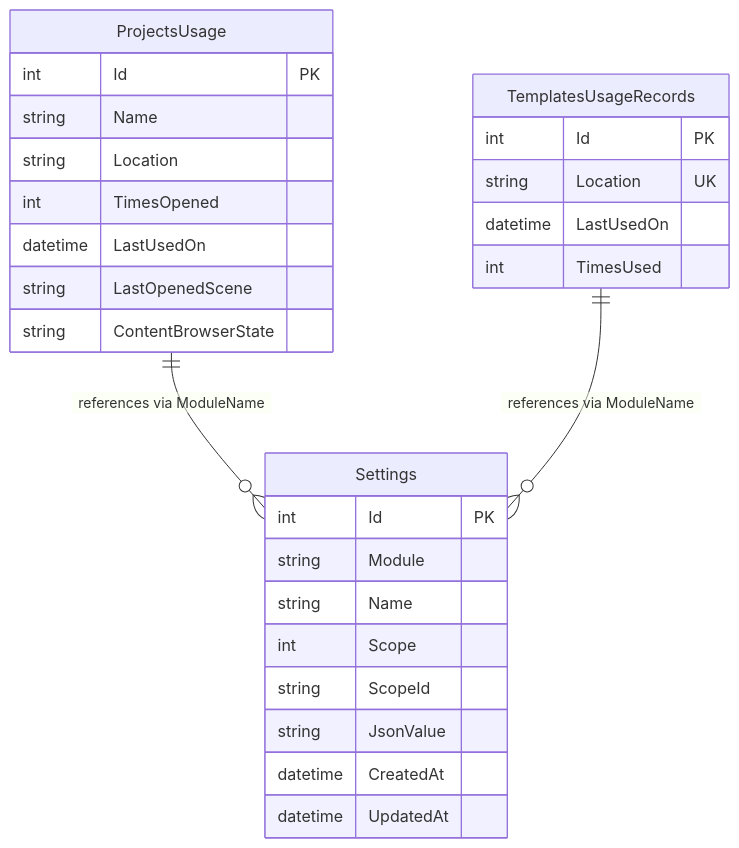
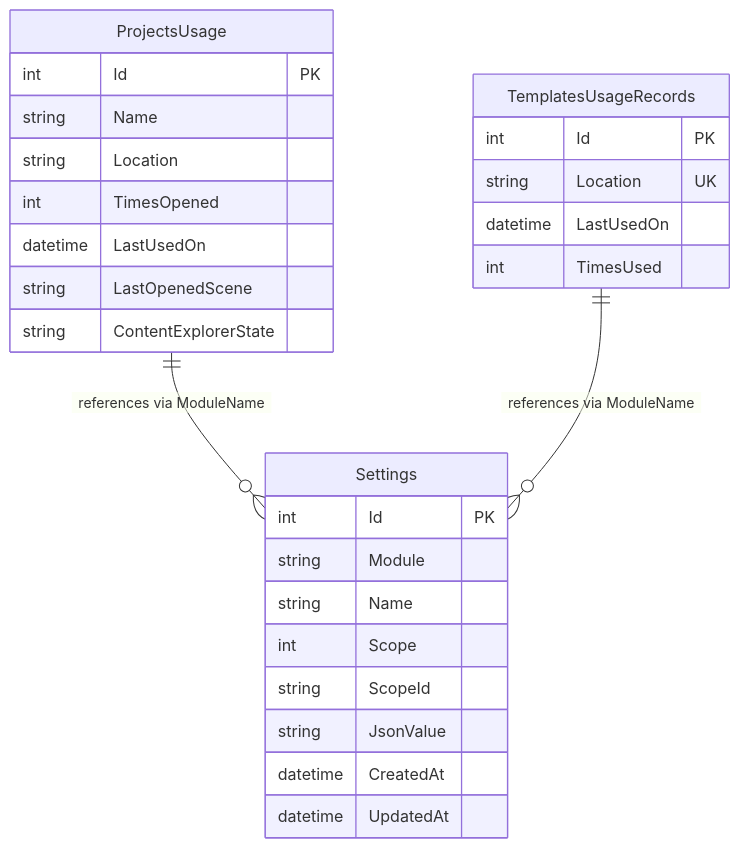
Before and after one commit to abdes/DroidNet: the diagram in projects/Oxygen.Editor.Data/docs/data-model.md, drawn with Mermaid. The commit also changed other lines of this file and 335 other files, not shown here.

````diff
--- a/projects/Oxygen.Editor.Data/docs/data-model.md
+++ b/projects/Oxygen.Editor.Data/docs/data-model.md
@@ -22,33 +22,33 @@
 ```mermaid
 erDiagram
     ProjectsUsage {
         int Id PK
         string Name
         string Location
         int TimesOpened
         datetime LastUsedOn
         string LastOpenedScene
-        string ContentBrowserState
+        string ContentExplorerState
     }
 
     TemplatesUsageRecords {
         int Id PK
         string Location UK
         datetime LastUsedOn
         int TimesUsed
     }
 
     Settings {
         int Id PK
         string Module
         string Name
         int Scope
         string ScopeId
         string JsonValue
         datetime CreatedAt
         datetime UpdatedAt
     }
 
     ProjectsUsage ||--o{ Settings : "references via ModuleName"
     TemplatesUsageRecords ||--o{ Settings : "references via ModuleName"
 ```
````
